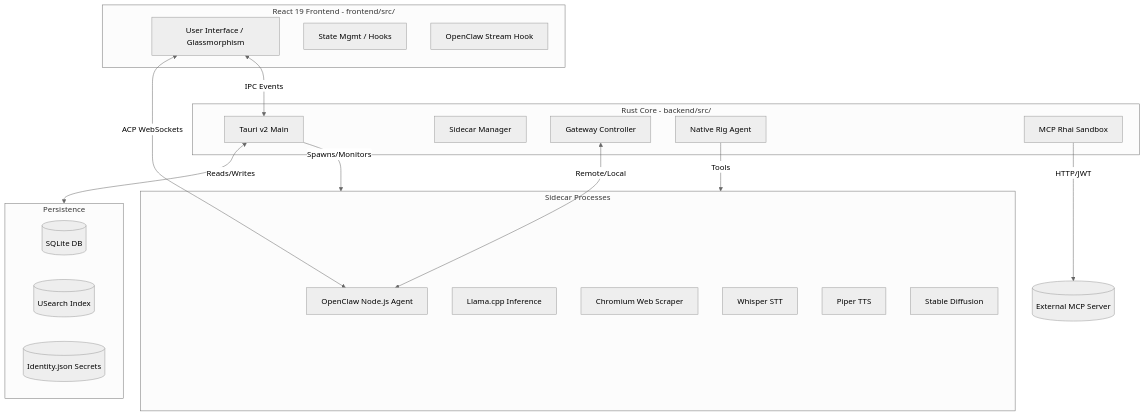
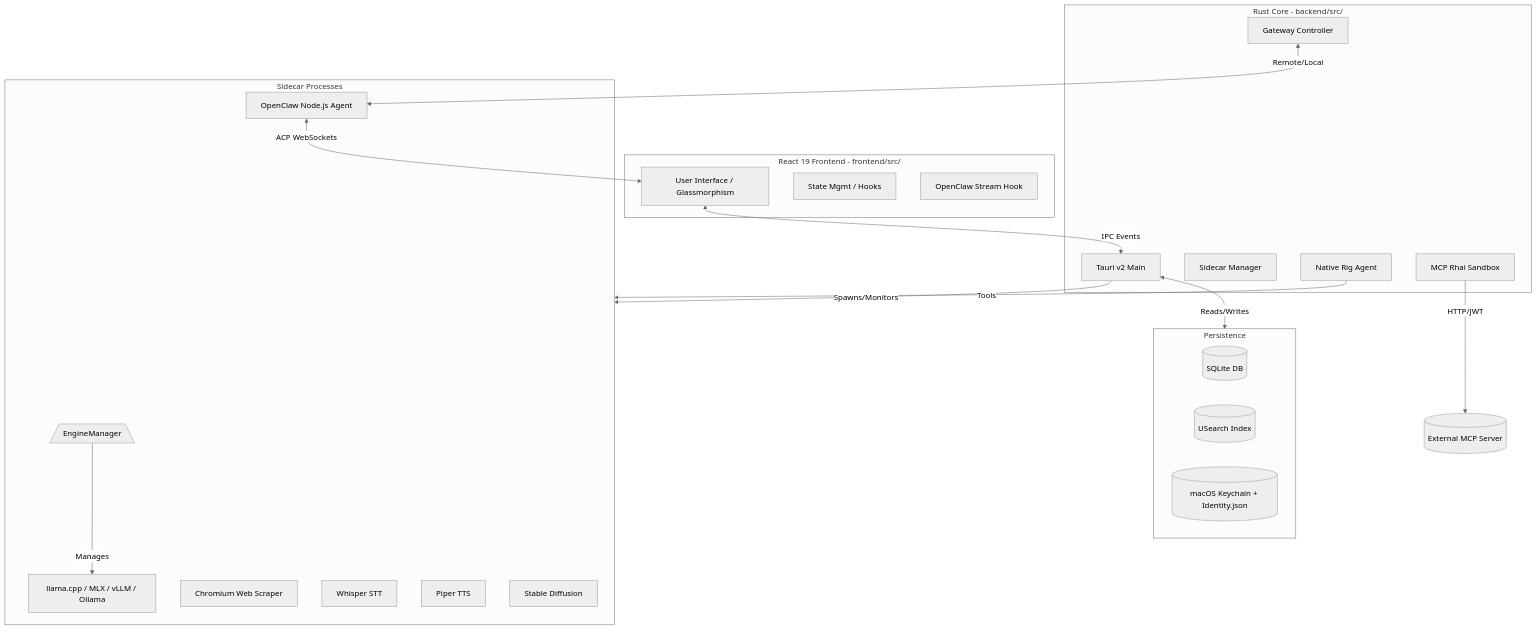
The diagram in README.md (RNT56/ThinClaw), drawn with Mermaid (neutral theme) before and after one commit. The commit also changed other lines of this file and 46 other files, not shown here.

````diff
--- a/README.md
+++ b/README.md
@@ -80,39 +84,41 @@
 ```mermaid
 graph TD
     subgraph Frontend [React 19 Frontend - frontend/src/]
         UI[User Interface / Glassmorphism]
         State[State Mgmt / Hooks]
         Stream[OpenClaw Stream Hook]
     end
     
     subgraph Backend [Rust Core - backend/src/]
         Tauri[Tauri v2 Main]
         Manager[Sidecar Manager]
         Gateway[Gateway Controller]
         RigAgent[Native Rig Agent]
         McpSandbox[MCP Rhai Sandbox]
     end
     
     subgraph Sidecars [Sidecar Processes]
+        EngineManager[/EngineManager\]
+        Llama[llama.cpp / MLX / vLLM / Ollama]
         OpenClaw[OpenClaw Node.js Agent]
-        Llama[Llama.cpp Inference]
         Chromium[Chromium Web Scraper]
         Whisper[Whisper STT]
         TTS[Piper TTS]
         SD[Stable Diffusion]
     end
     
     subgraph Storage [Persistence]
         SQLite[(SQLite DB)]
         Vectors[(USearch Index)]
-        Identity[(Identity.json Secrets)]
+        Identity[(macOS Keychain + Identity.json)]
     end
 
     UI <-->|IPC Events| Tauri
     Tauri -->|Spawns/Monitors| Sidecars
     Tauri <-->|Reads/Writes| Storage
+    EngineManager -->|Manages| Llama
     OpenClaw <-->|ACP WebSockets| UI
     Gateway <-->|Remote/Local| OpenClaw
     RigAgent -->|Tools| Sidecars
     McpSandbox -->|HTTP/JWT| MCP[(External MCP Server)]
 ```
````
